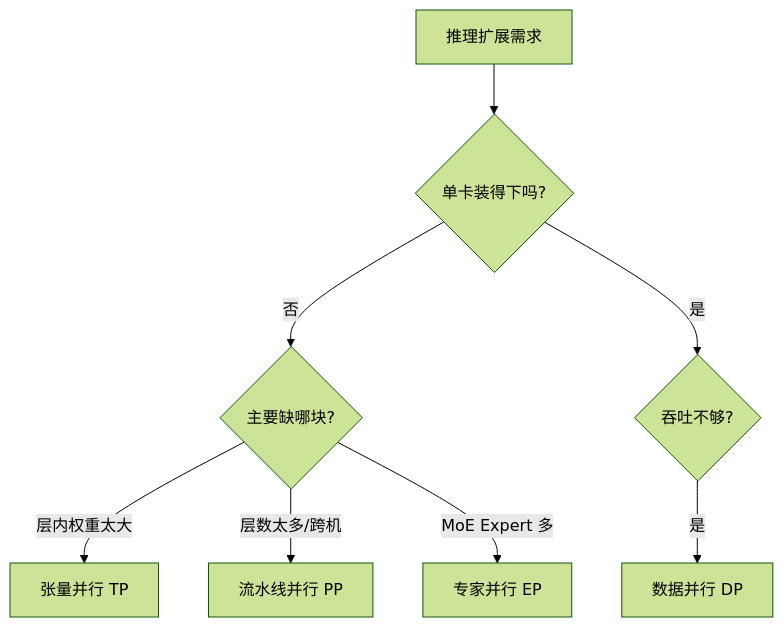
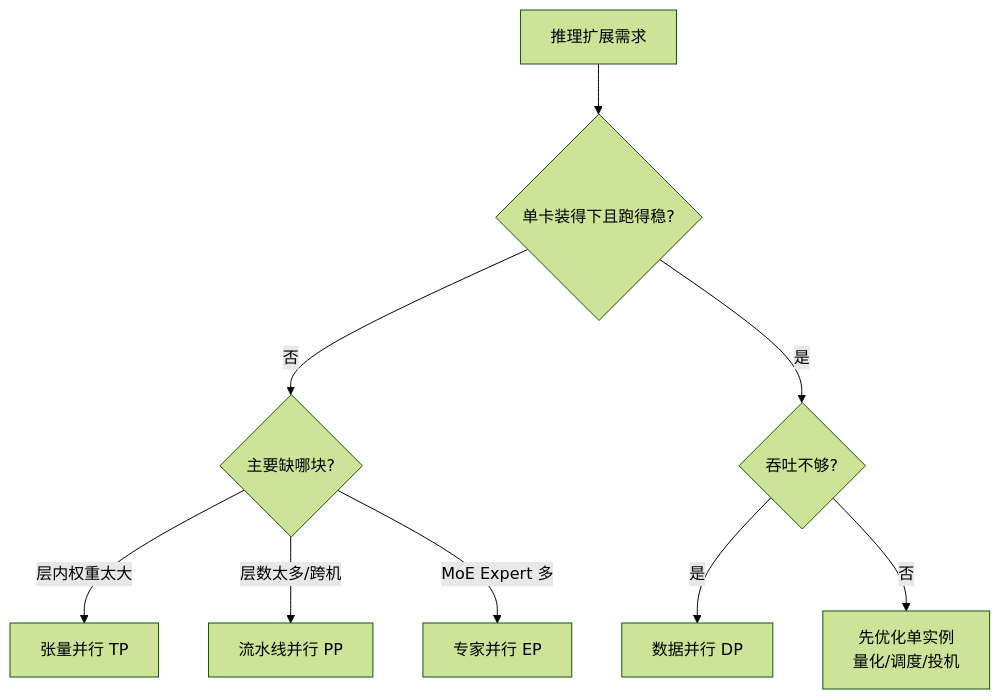
One commit to tqm6666/AIInfraGuide changed the diagram in docs/guides/模块四-推理优化/第6章-分布式推理/6.1-推理并行策略总览.md. Above: the diagram before and after it, drawn with Mermaid (forest theme). The commit also changed other lines of this file and 6 other files, not shown here.

````diff
--- a/docs/guides/模块四-推理优化/第6章-分布式推理/6.1-推理并行策略总览.md
+++ b/docs/guides/模块四-推理优化/第6章-分布式推理/6.1-推理并行策略总览.md
@@ -61,10 +91,11 @@
 ```mermaid
 graph TB
-    R["推理扩展需求"] --> A{"单卡装得下吗?"}
+    R["推理扩展需求"] --> A{"单卡装得下且跑得稳?"}
     A -->|否| B{"主要缺哪块?"}
     A -->|是| C{"吞吐不够?"}
     B -->|层内权重太大| TP["张量并行 TP"]
     B -->|层数太多/跨机| PP["流水线并行 PP"]
     B -->|MoE Expert 多| EP["专家并行 EP"]
     C -->|是| DP["数据并行 DP"]
+    C -->|否| Z["先优化单实例<br/>量化/调度/投机"]
 ```
````
